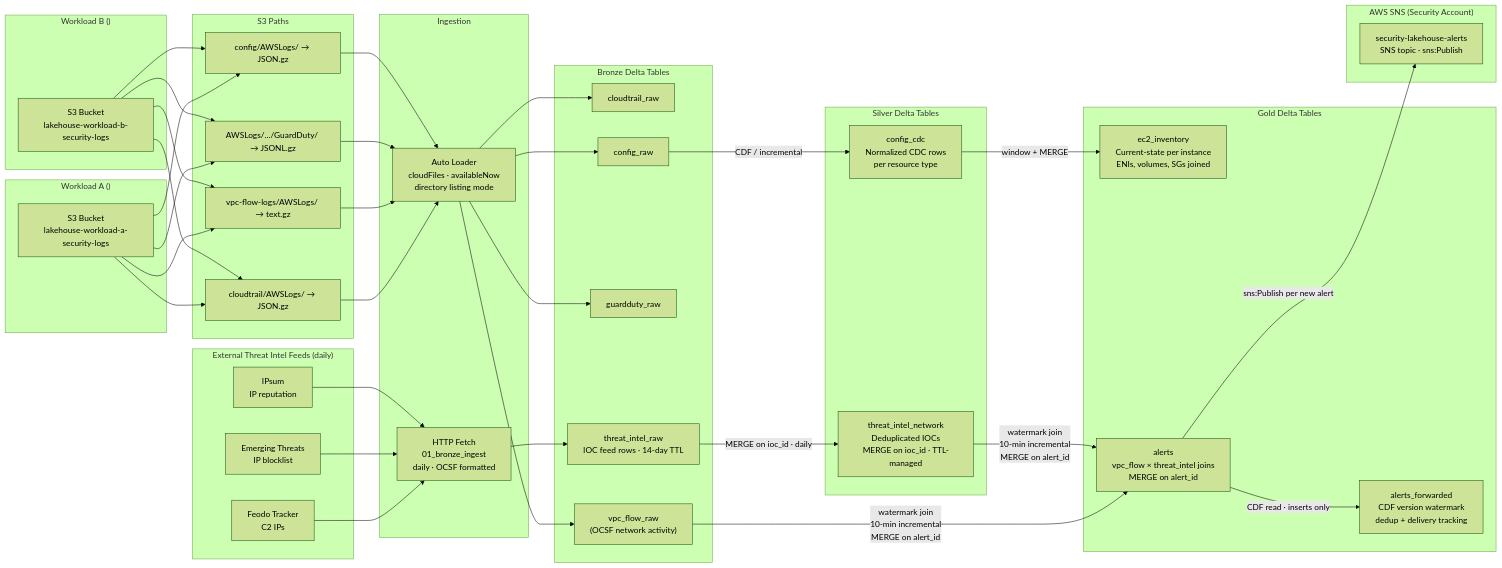
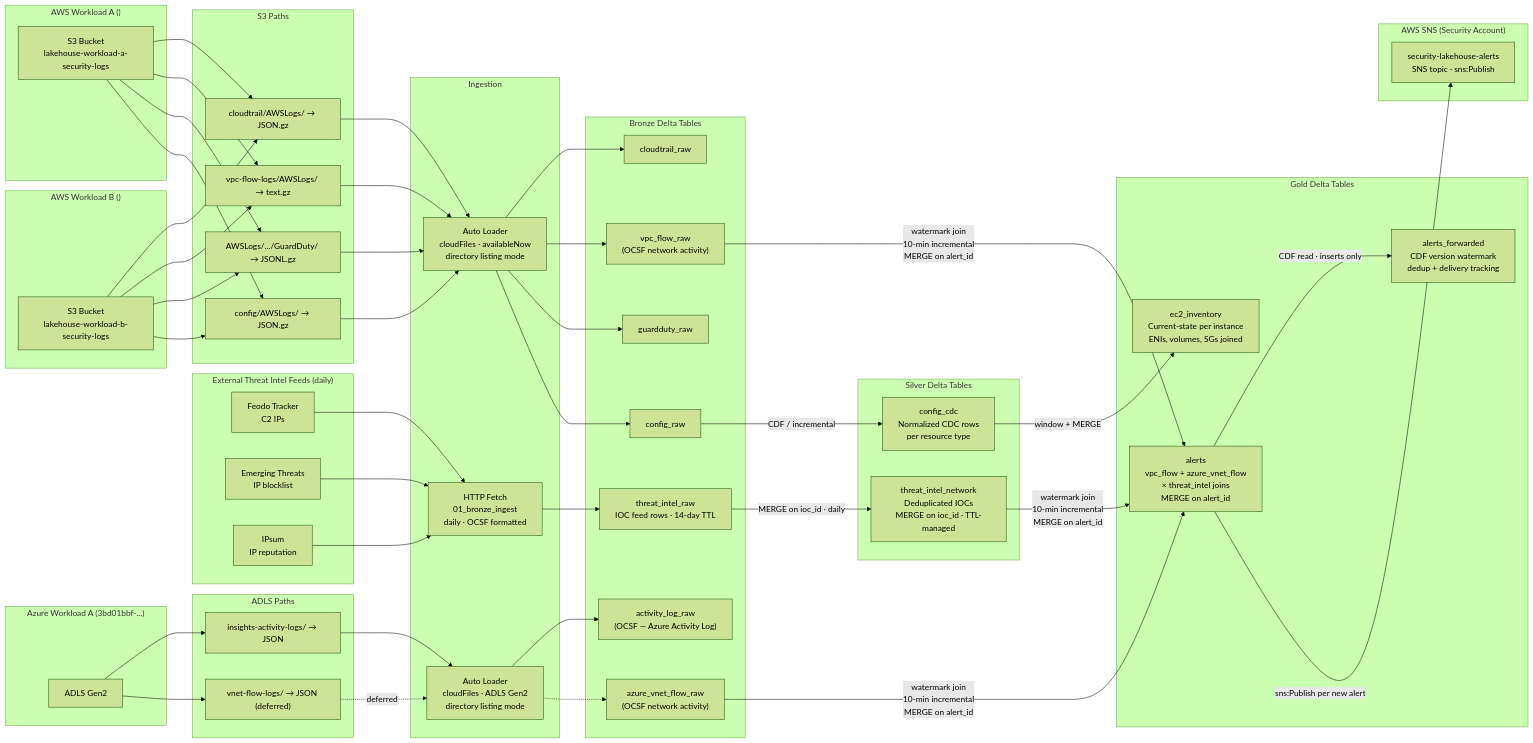
One commit to snk5125/security-data-platform changed the third of 4 diagrams in architecture_diagram.md. Above: the diagram before and after it, drawn with Mermaid (forest theme). The commit also changed other lines of this file and 52 other files, not shown here.

First line of the commit message:
feat: add Azure multi-cloud support (foundation, workloads, notebooks, jobs)

````diff
--- a/architecture_diagram.md
+++ b/architecture_diagram.md
@@ -217,66 +285,81 @@
 ```mermaid
 graph LR
     subgraph "External Threat Intel Feeds (daily)"
         FEODO["Feodo Tracker<br/>C2 IPs"]
         ET["Emerging Threats<br/>IP blocklist"]
         IPSUM["IPsum<br/>IP reputation"]
     end
 
-    subgraph "Workload A (<WORKLOAD_A_ACCOUNT_ID>)"
+    subgraph "AWS Workload A (<WORKLOAD_A_ACCOUNT_ID>)"
         S3A["S3 Bucket<br/>lakehouse-workload-a-security-logs"]
     end
 
-    subgraph "Workload B (<WORKLOAD_B_ACCOUNT_ID>)"
+    subgraph "AWS Workload B (<WORKLOAD_B_ACCOUNT_ID>)"
         S3B["S3 Bucket<br/>lakehouse-workload-b-security-logs"]
+    end
+
+    subgraph "Azure Workload A (3bd01bbf-...)"
+        ADLSA["ADLS Gen2<br/><AZURE_LOGS_STORAGE_ACCOUNT>"]
     end
 
     subgraph "Ingestion"
         AL["Auto Loader<br/>cloudFiles · availableNow<br/>directory listing mode"]
+        ALAZ["Auto Loader<br/>cloudFiles · ADLS Gen2<br/>directory listing mode"]
         TI_FETCH["HTTP Fetch<br/>01_bronze_ingest<br/>daily · OCSF formatted"]
     end
 
     subgraph "Bronze Delta Tables"
         CT["cloudtrail_raw"]
         VF["vpc_flow_raw<br/>(OCSF network activity)"]
         GD["guardduty_raw"]
         CF["config_raw"]
+        AZACT["activity_log_raw<br/>(OCSF — Azure Activity Log)"]
+        AZVF["azure_vnet_flow_raw<br/>(OCSF network activity)"]
         TIR["threat_intel_raw<br/>IOC feed rows · 14-day TTL"]
     end
 
     subgraph "Silver Delta Tables"
         CDC["config_cdc<br/>Normalized CDC rows<br/>per resource type"]
         TIN["threat_intel_network<br/>Deduplicated IOCs<br/>MERGE on ioc_id · TTL-managed"]
     end
 
     subgraph "Gold Delta Tables"
         EC2["ec2_inventory<br/>Current-state per instance<br/>ENIs, volumes, SGs joined"]
-        ALERTS["alerts<br/>vpc_flow × threat_intel joins<br/>MERGE on alert_id"]
+        ALERTS["alerts<br/>vpc_flow + azure_vnet_flow<br/>× threat_intel joins<br/>MERGE on alert_id"]
         AFWD["alerts_forwarded<br/>CDF version watermark<br/>dedup + delivery tracking"]
     end
 
     subgraph "AWS SNS (Security Account)"
         SNS["security-lakehouse-alerts<br/>SNS topic · sns:Publish"]
     end
 
     subgraph "S3 Paths"
         P1["cloudtrail/AWSLogs/ → JSON.gz"]
         P2["vpc-flow-logs/AWSLogs/ → text.gz"]
         P3["AWSLogs/.../GuardDuty/ → JSONL.gz"]
         P4["config/AWSLogs/ → JSON.gz"]
     end
 
+    subgraph "ADLS Paths"
+        PA1["insights-activity-logs/ → JSON"]
+        PA2["vnet-flow-logs/ → JSON (deferred)"]
+    end
+
     S3A --> P1 & P2 & P3 & P4
     S3B --> P1 & P2 & P3 & P4
+    ADLSA --> PA1 & PA2
     P1 --> AL --> CT
     P2 --> AL --> VF
     P3 --> AL --> GD
     P4 --> AL --> CF
+    PA1 --> ALAZ --> AZACT
+    PA2 -.->|"deferred"| ALAZ -.-> AZVF
     FEODO & ET & IPSUM --> TI_FETCH --> TIR
 
     CF -->|"CDF / incremental"| CDC
     CDC -->|"window + MERGE"| EC2
     TIR -->|"MERGE on ioc_id · daily"| TIN
-    VF & TIN -->|"watermark join<br/>10-min incremental<br/>MERGE on alert_id"| ALERTS
+    VF & AZVF & TIN -->|"watermark join<br/>10-min incremental<br/>MERGE on alert_id"| ALERTS
     ALERTS -->|"CDF read · inserts only"| AFWD
     ALERTS -->|"sns:Publish per new alert"| SNS
 ```
````
